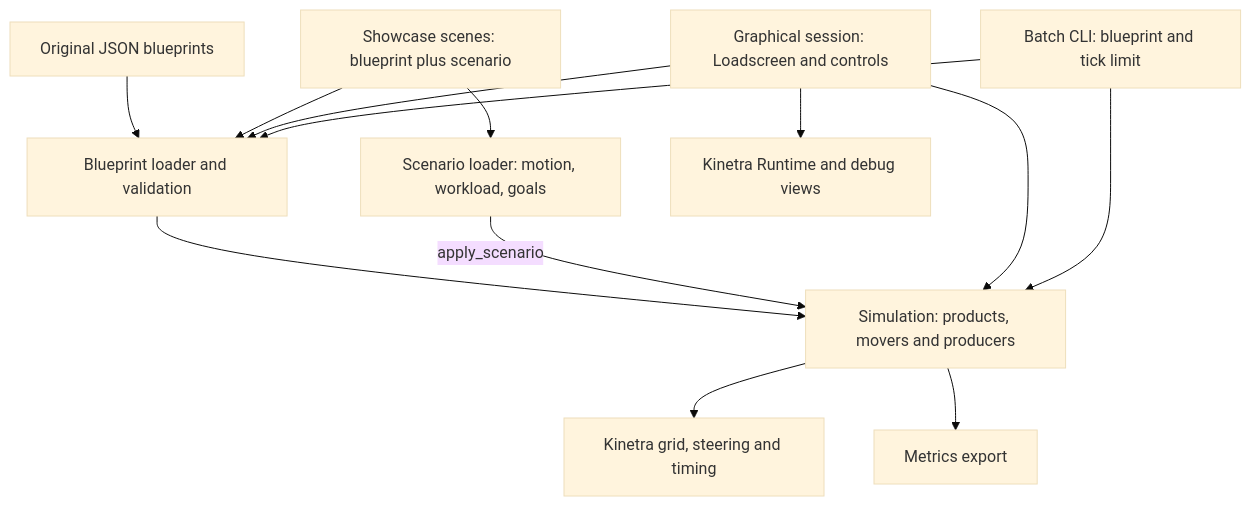
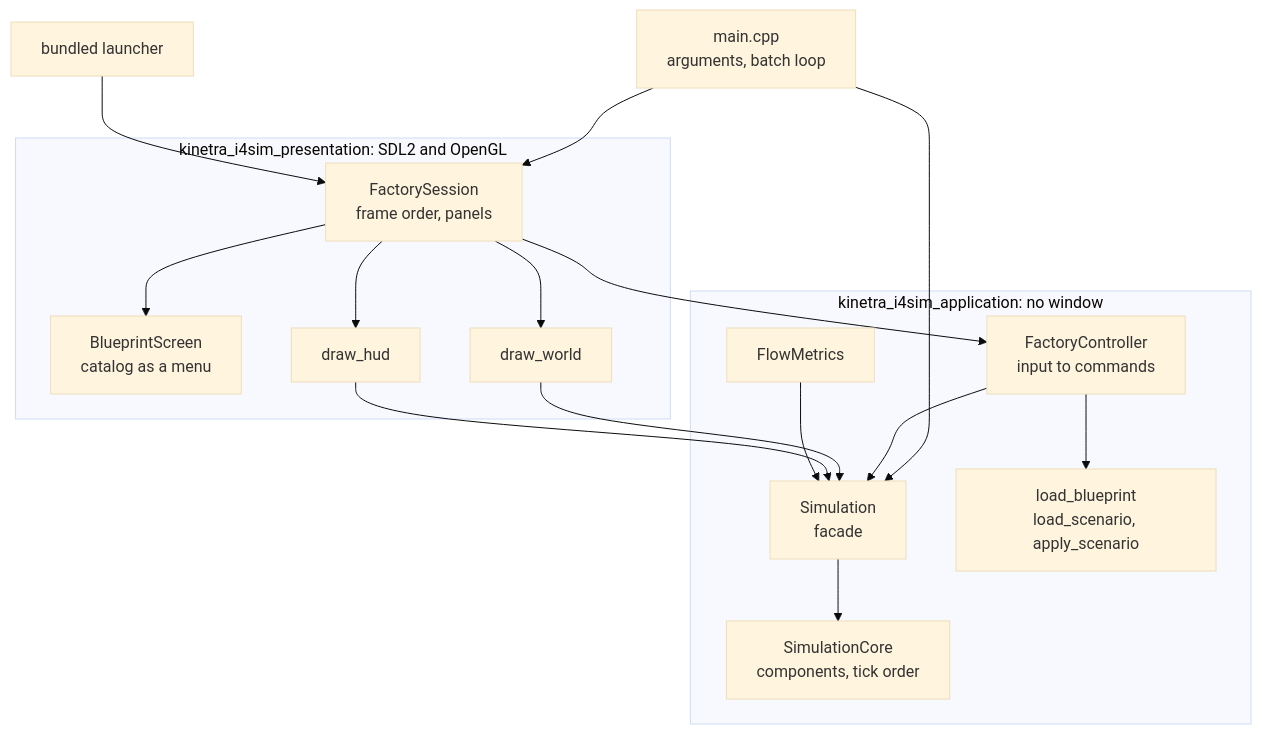
One commit to SMB-M87/Kinetra-Lab changed the first of 4 diagrams in labs/i4sim/README.md. Above: the diagram before and after it, drawn with Mermaid (base theme). The commit also changed other lines of this file and 4 other files, not shown here.

````diff
--- a/labs/i4sim/README.md
+++ b/labs/i4sim/README.md
@@ -22,15 +122,29 @@
 ```mermaid
 flowchart TD
-    JSON["Original JSON blueprints"] --> Loader["Blueprint loader and validation"]
-    Showcase["Showcase scenes: blueprint plus scenario"] --> Loader
-    Showcase --> Scenario["Scenario loader: motion, workload, goals"]
-    Loader --> Sim["Simulation: products, movers and producers"]
-    Scenario -->|apply_scenario| Sim
-    Session["Graphical session: Loadscreen and controls"] --> Loader
-    Session --> Sim
-    Batch["Batch CLI: blueprint and tick limit"] --> Loader
-    Batch --> Sim
-    Sim --> Engine["Kinetra grid, steering and timing"]
-    Sim --> Metrics["Metrics export"]
-    Session --> Runtime["Kinetra Runtime and debug views"]
+    Main["main.cpp<br/>arguments, batch loop"] --> Session["FactorySession<br/>frame order, panels"]
+    Main --> Simulation
+    Launcher["bundled launcher"] --> Session
+    Session --> Screen["BlueprintScreen<br/>catalog as a menu"]
+    Session --> Controller["FactoryController<br/>input to commands"]
+    Session --> World["draw_world"]
+    Session --> Hud["draw_hud"]
+    Controller --> Loaders["load_blueprint<br/>load_scenario, apply_scenario"]
+    Controller --> Simulation["Simulation<br/>facade"]
+    World --> Simulation
+    Hud --> Simulation
+    Simulation --> Core["SimulationCore<br/>components, tick order"]
+    Flow["FlowMetrics"] --> Simulation
+    subgraph headless ["kinetra_i4sim_application: no window"]
+        Controller
+        Loaders
+        Simulation
+        Core
+        Flow
+    end
+    subgraph presentation ["kinetra_i4sim_presentation: SDL2 and OpenGL"]
+        Session
+        Screen
+        World
+        Hud
+    end
 ```
````
